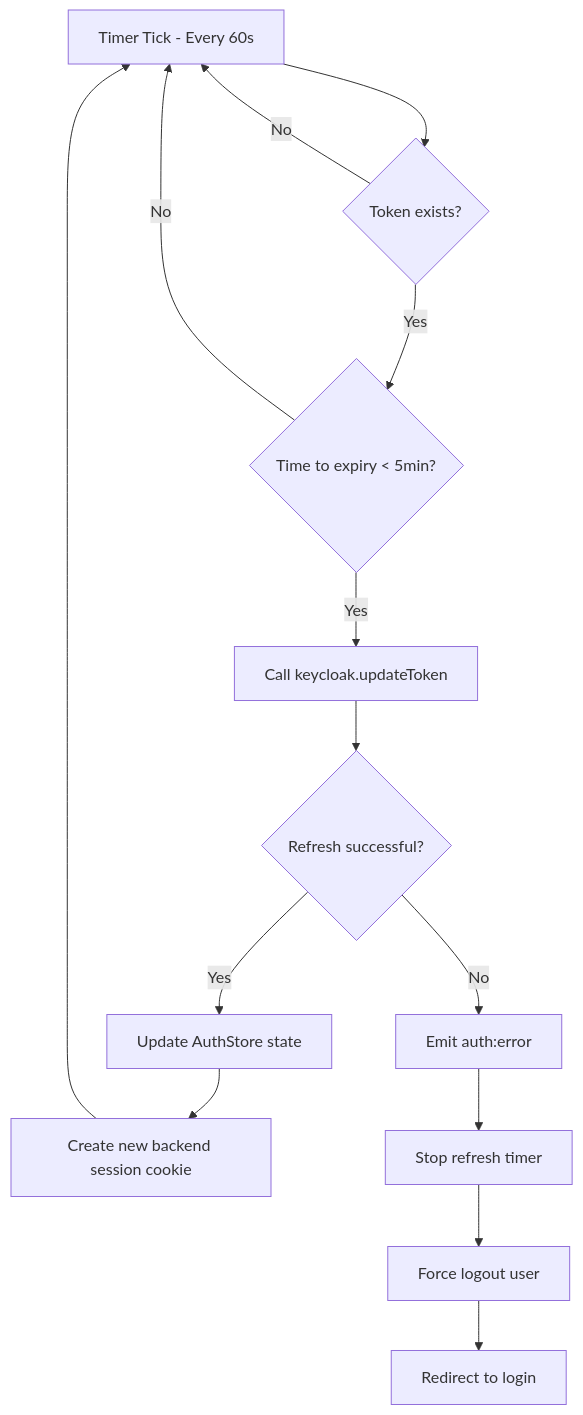
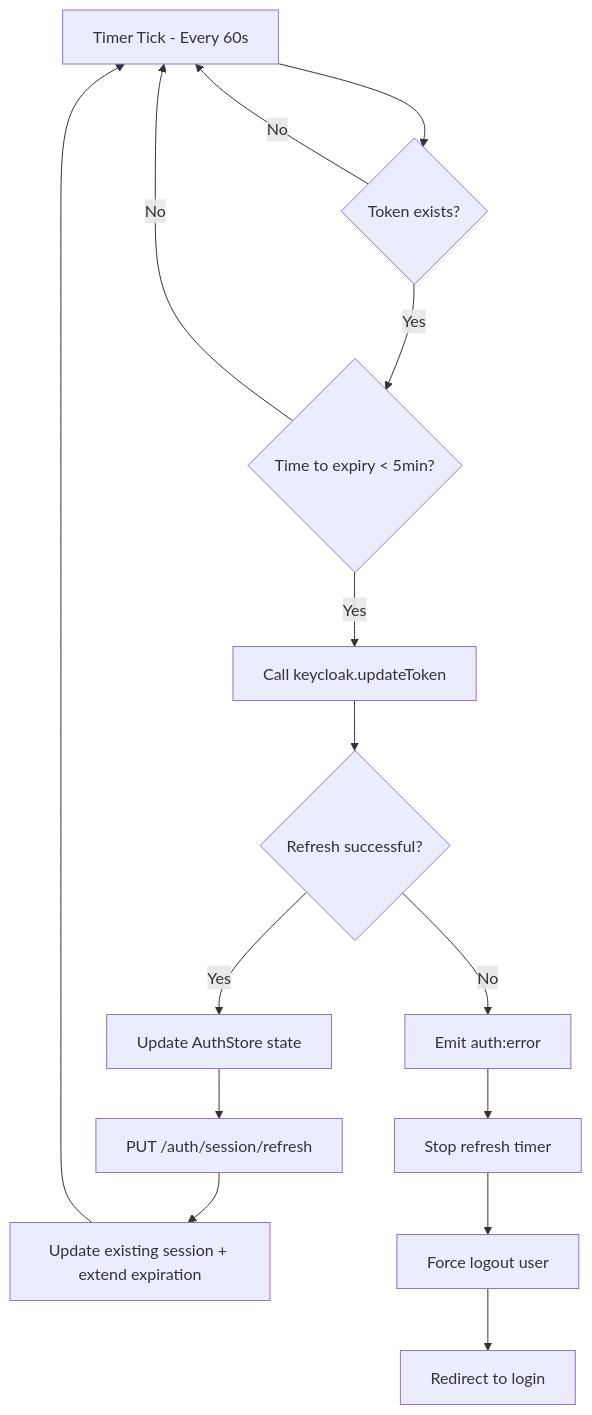
Before and after one commit to ewilhelmy-resolve/resolve-prototypes: the fourth of 8 diagrams in docs/AUTHENTICATION_FLOW.md, drawn with Mermaid. The commit also changed other lines of this file and 3 other files, not shown here.

First line of the commit message:
feat(auth): implement efficient session refresh endpoint

````diff
--- a/docs/AUTHENTICATION_FLOW.md
+++ b/docs/AUTHENTICATION_FLOW.md
@@ -257,16 +259,17 @@
 ```mermaid
 flowchart TD
     A[Timer Tick - Every 60s] --> B{Token exists?}
     B -->|No| A
     B -->|Yes| C{Time to expiry < 5min?}
     C -->|No| A
     C -->|Yes| D[Call keycloak.updateToken]
     D --> E{Refresh successful?}
     E -->|Yes| F[Update AuthStore state]
-    F --> G[Create new backend session cookie]
-    G --> A
-    E -->|No| H[Emit auth:error]
-    H --> I[Stop refresh timer]
-    I --> J[Force logout user]
-    J --> K[Redirect to login]
+    F --> G[PUT /auth/session/refresh]
+    G --> H[Update existing session + extend expiration]
+    H --> A
+    E -->|No| I[Emit auth:error]
+    I --> J[Stop refresh timer]
+    J --> K[Force logout user]
+    K --> L[Redirect to login]
 ```
````
